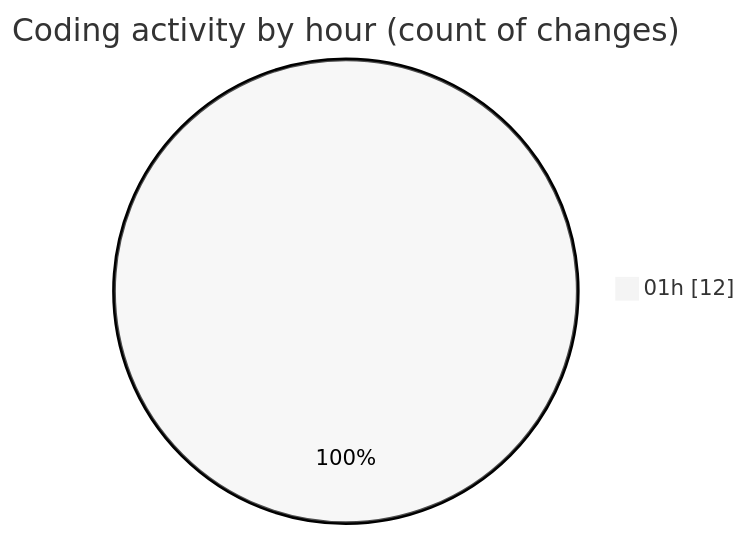
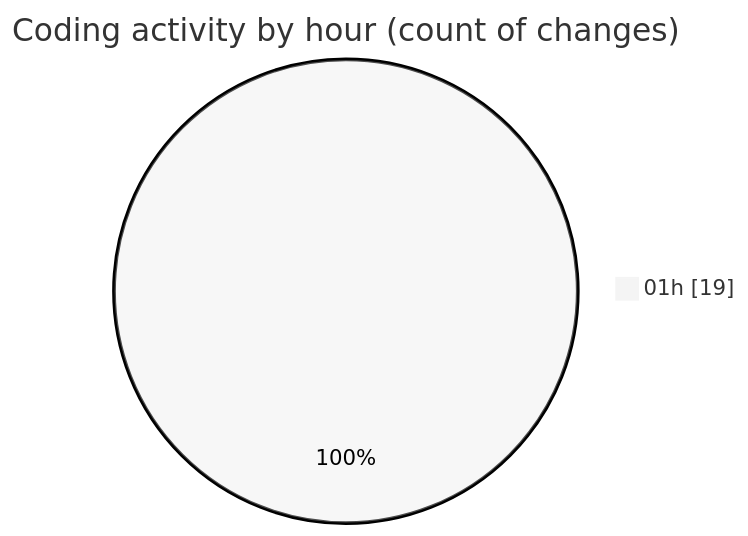
One commit to Netris89/code-tracking changed the second of 2 diagrams in 2025-10-25/skintrack/README.md. Above: the diagram before and after it, drawn with Mermaid (neutral theme). The commit also changed other lines of this file and 1 other file, not shown here.

````diff
--- a/2025-10-25/skintrack/README.md
+++ b/2025-10-25/skintrack/README.md
@@ -30,5 +30,5 @@
 ```mermaid
 pie showData
 title Coding activity by hour (count of changes)
-"01h" : 12
+"01h" : 19
 ```
````
